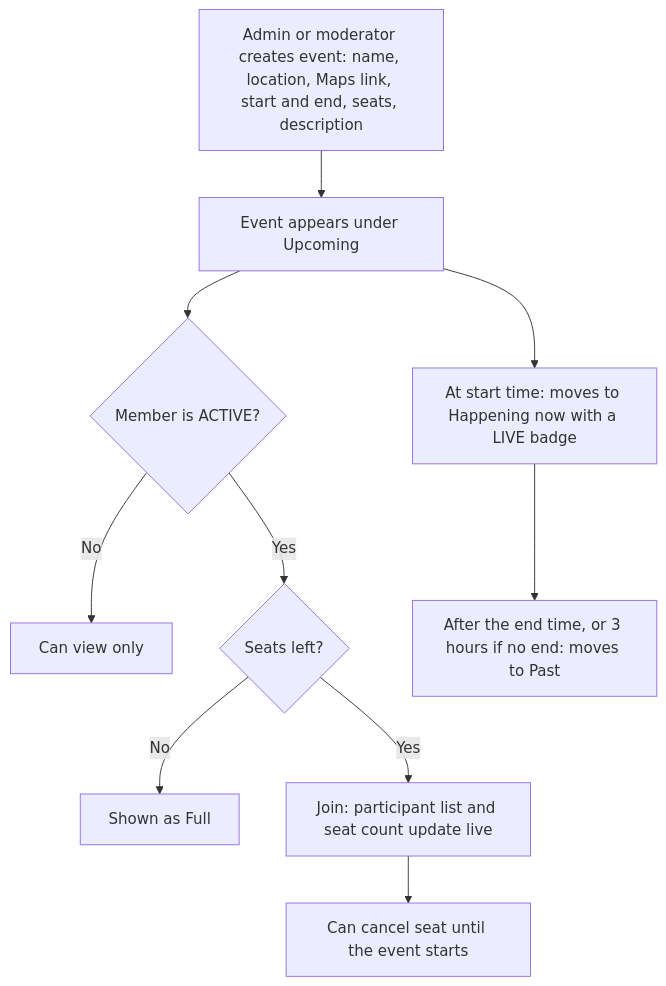
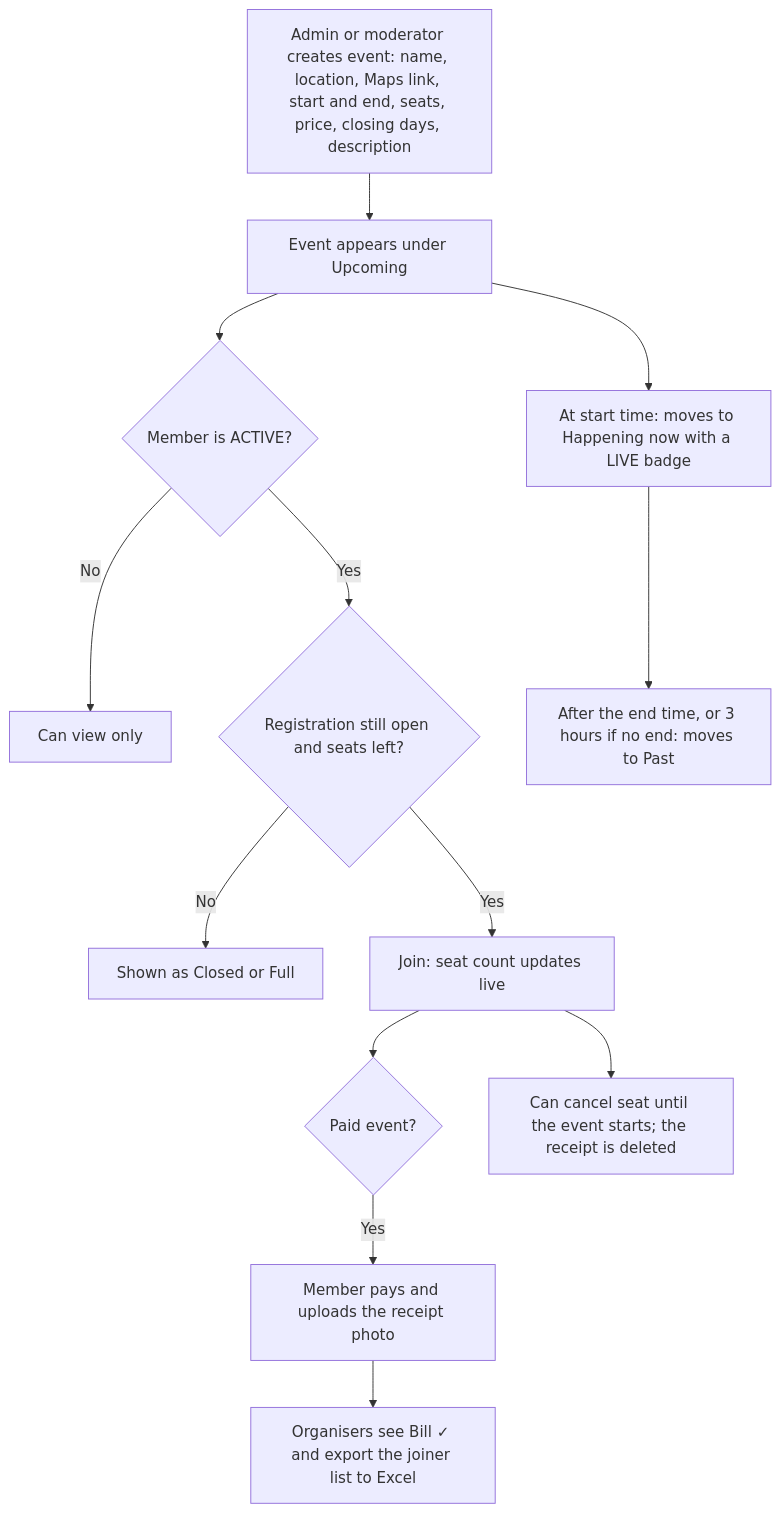
The fifth of 6 diagrams in README.md (panhavad/aisarc-membership), drawn with Mermaid before and after one commit. The commit also changed other lines of this file and 44 other files, not shown here.

First line of the commit message:
v1.8.0: event payments and joiner export, settings, levels, change requests, duplicates

````diff
--- a/README.md
+++ b/README.md
@@ -175,12 +206,15 @@
 ```mermaid
 flowchart TD
-    E1[Admin or moderator creates event: name, location, Maps link, start and end, seats, description] --> E2[Event appears under Upcoming]
+    E1[Admin or moderator creates event: name, location, Maps link, start and end, seats, price, closing days, description] --> E2[Event appears under Upcoming]
     E2 --> E3{Member is ACTIVE?}
     E3 -- No --> E4[Can view only]
-    E3 -- Yes --> E5{Seats left?}
-    E5 -- No --> E6[Shown as Full]
-    E5 -- Yes --> E7[Join: participant list and seat count update live]
-    E7 --> E8[Can cancel seat until the event starts]
+    E3 -- Yes --> E5{Registration still open and seats left?}
+    E5 -- No --> E6[Shown as Closed or Full]
+    E5 -- Yes --> E7[Join: seat count updates live]
+    E7 --> E11{Paid event?}
+    E11 -- Yes --> E12[Member pays and uploads the receipt photo]
+    E12 --> E13[Organisers see Bill ✓ and export the joiner list to Excel]
+    E7 --> E8[Can cancel seat until the event starts; the receipt is deleted]
     E2 --> E9[At start time: moves to Happening now with a LIVE badge]
     E9 --> E10[After the end time, or 3 hours if no end: moves to Past]
 ```
````
